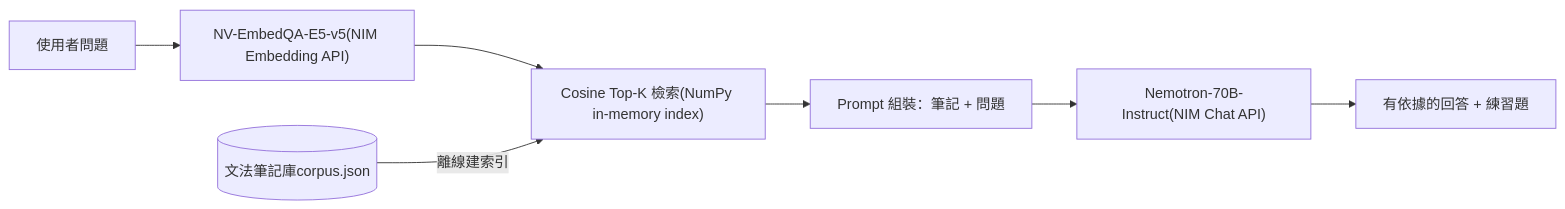
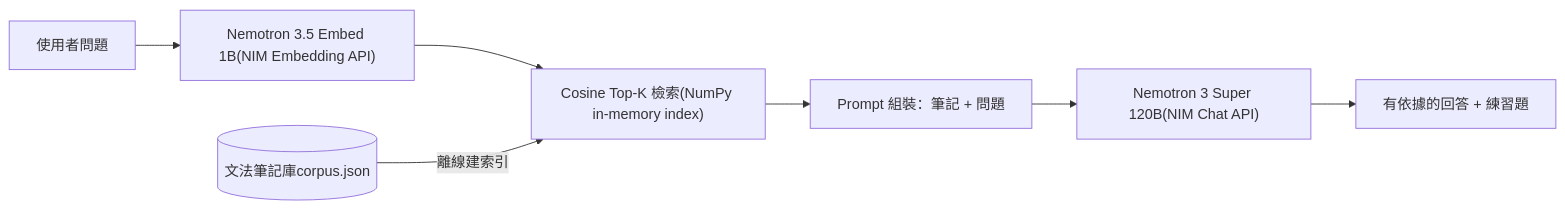
One commit to jjfishjj/nim-rag-language-tutor changed the diagram in README.md. Above: the diagram before and after it, drawn with Mermaid. The commit also changed other lines of this file and 4 other files, not shown here.

````diff
--- a/README.md
+++ b/README.md
@@ -18,9 +39,9 @@
 ```mermaid
 flowchart LR
-    Q[使用者問題] --> E["NV-EmbedQA-E5-v5(NIM Embedding API)"]
+    Q[使用者問題] --> E["Nemotron 3.5 Embed 1B(NIM Embedding API)"]
     E --> R["Cosine Top-K 檢索(NumPy in-memory index)"]
     C[(文法筆記庫corpus.json)] -->|離線建索引| R
     R --> P[Prompt 組裝：筆記 + 問題]
-    P --> L["Nemotron-70B-Instruct(NIM Chat API)"]
+    P --> L["Nemotron 3 Super 120B(NIM Chat API)"]
     L --> A[有依據的回答 + 練習題]
 ```
````
